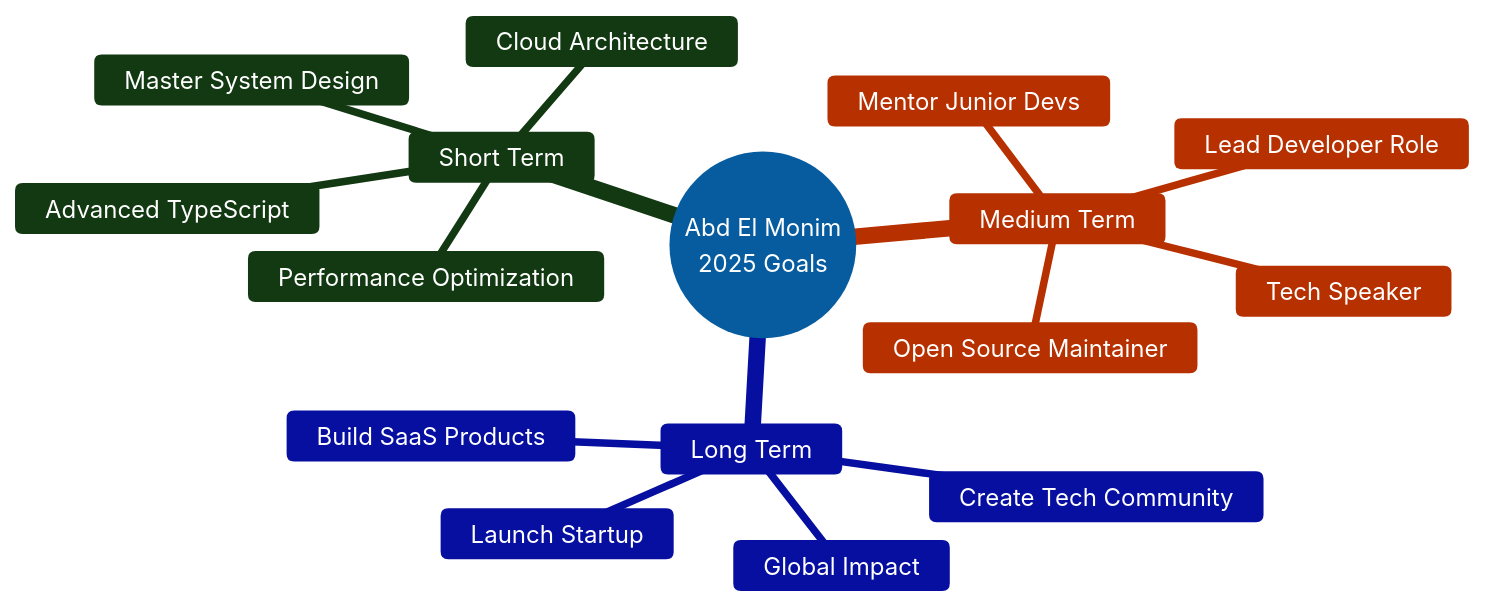
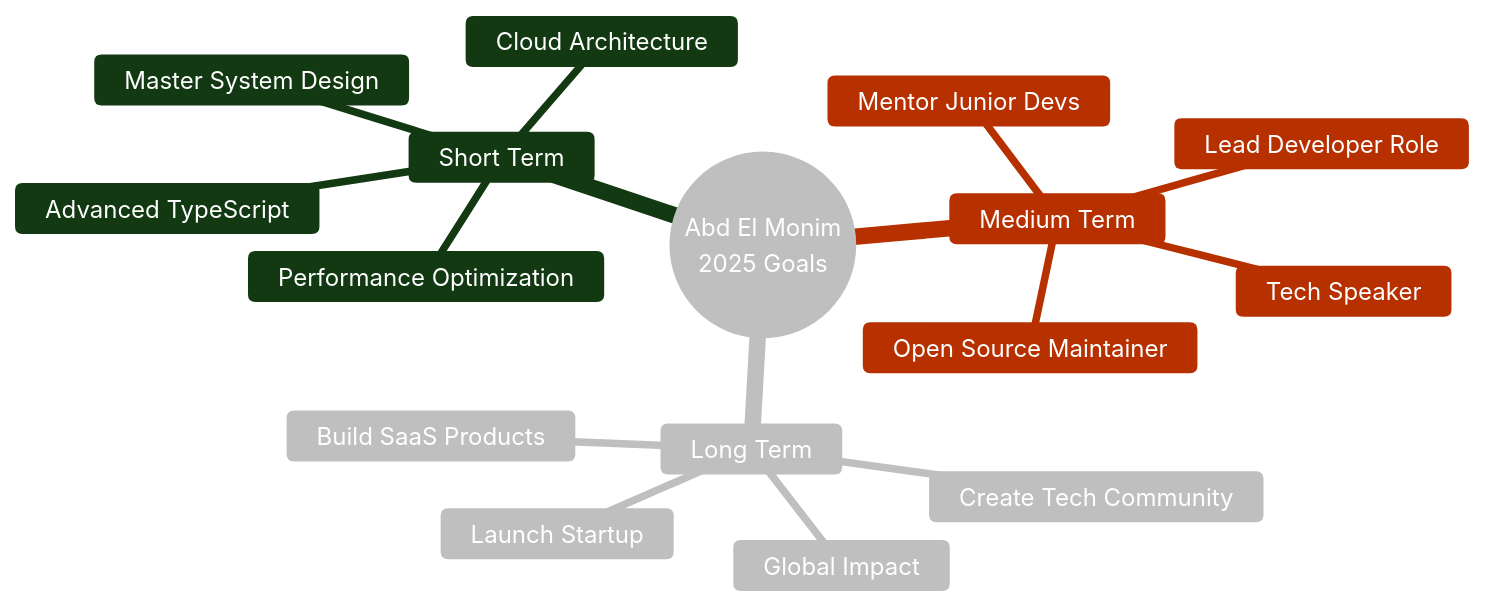
Before and after one commit to ABDE777/ABDE777: the first of 2 diagrams in README.md, drawn with Mermaid.

````diff
--- a/README.md
+++ b/README.md
@@ -124,20 +124,20 @@
 ```mermaid
-%%{init: {'theme':'base', 'themeVariables': { 'primaryColor':'#2e9ef7', 'primaryTextColor':'#fff', 'primaryBorderColor':'#1e88e5', 'lineColor':'#64b5f6', 'secondaryColor':'#339933', 'tertiaryColor':'#ff6c37'}}}%%
+%%{init: {'theme':'base', 'themeVariables': { 'primaryColor':'#ffffff', 'primaryTextColor':'#fff', 'primaryBorderColor':'#1e88e5', 'lineColor':'#64b5f6', 'secondaryColor':'#339933', 'tertiaryColor':'#ff6c37'}}}%%
 mindmap
   root((Abd El Monim<br/>2025 Goals))
     Short Term
       Master System Design
       Cloud Architecture
       Advanced TypeScript
       Performance Optimization
     Medium Term
       Lead Developer Role
       Mentor Junior Devs
       Tech Speaker
       Open Source Maintainer
     Long Term
       Launch Startup
       Build SaaS Products
       Create Tech Community
       Global Impact
 ```
````
